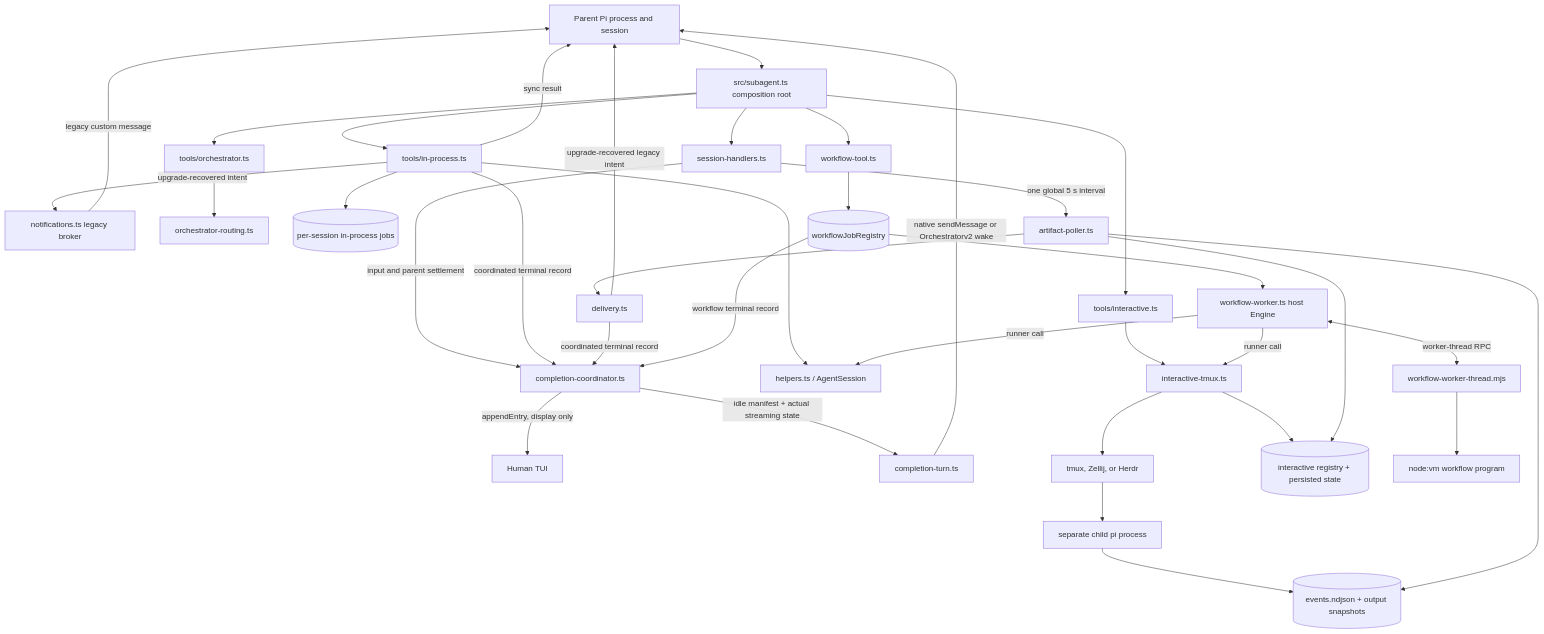
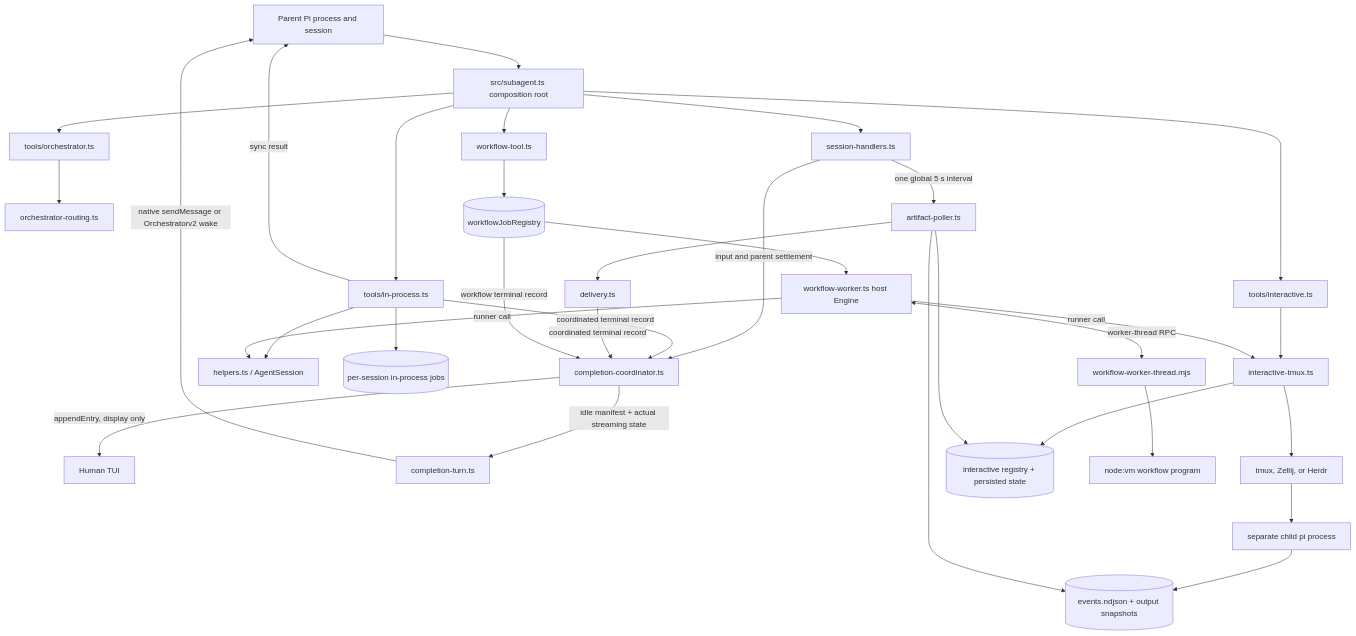
One commit to lmn451/pi-subagentura changed the first of 8 diagrams in architecture.md. Above: the diagram before and after it, drawn with Mermaid. The commit also changed other lines of this file and 66 other files, not shown here.

First line of the commit message:
feat!: remove protocol-v1 compatibility and legacy completion delivery

````diff
--- a/architecture.md
+++ b/architecture.md
@@ -33,71 +32,67 @@
 ```mermaid
 flowchart TB
   Parent[Parent Pi process and session]
   Human[Human TUI]
   Root[src/subagent.ts composition root]
   Session[session-handlers.ts]
   Coordinator[completion-coordinator.ts]
   Turn[completion-turn.ts]
-  Legacy[notifications.ts legacy broker]
   RouteTools[tools/orchestrator.ts]
   Routing[orchestrator-routing.ts]
 
   InTools[tools/in-process.ts]
   InKernel[helpers.ts / AgentSession]
   InJobs[(per-session in-process jobs)]
 
   IntTools[tools/interactive.ts]
   IntKernel[interactive-tmux.ts]
   Mux[tmux, Zellij, or Herdr]
   Child[separate child pi process]
   Artifacts[(events.ndjson + output snapshots)]
   IntJobs[(interactive registry + persisted state)]
   Poller[artifact-poller.ts]
   Delivery[delivery.ts]
 
   WfTools[workflow-tool.ts]
   WfJobs[(workflowJobRegistry)]
   Host[workflow-worker.ts host Engine]
   Worker[workflow-worker-thread.mjs]
   VM[node:vm workflow program]
 
   Parent --> Root
   Root --> Session
   Root --> InTools
   Root --> IntTools
   Root --> WfTools
   Root --> RouteTools
   RouteTools --> Routing
   Session -->|input and parent settlement| Coordinator
 
   InTools --> InKernel
   InTools --> InJobs
   InTools -->|coordinated terminal record| Coordinator
-  InTools -->|upgrade-recovered intent| Legacy
-  Legacy -->|legacy custom message| Parent
   InTools -->|sync result| Parent
 
   IntTools --> IntKernel
   IntKernel --> Mux
   Mux --> Child
   Child --> Artifacts
   IntKernel --> IntJobs
   Session -->|one global 5 s interval| Poller
   Poller --> Artifacts
   Poller --> IntJobs
   Poller --> Delivery
   Delivery -->|coordinated terminal record| Coordinator
-  Delivery -->|upgrade-recovered legacy intent| Parent
 
   WfTools --> WfJobs
   WfJobs --> Host
   Host <-->|worker-thread RPC| Worker
   Worker --> VM
   Host -->|runner call| InKernel
   Host -->|runner call| IntKernel
   WfJobs -->|workflow terminal record| Coordinator
 
   Coordinator -->|appendEntry, display only| Human
   Coordinator -->|idle manifest + actual streaming state| Turn
   Turn -->|native sendMessage or Orchestratorv2 wake| Parent
 ```
````
